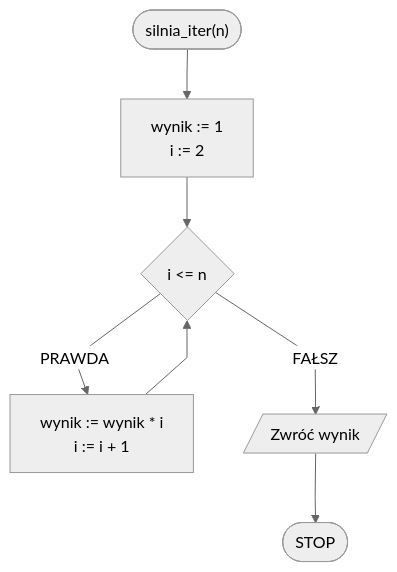
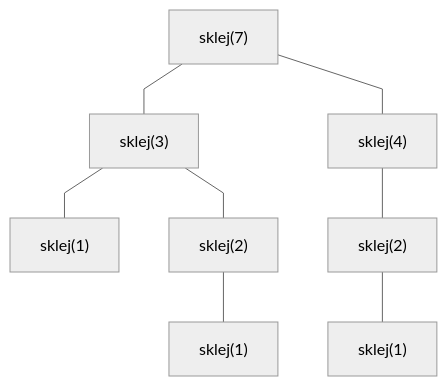
Before and after one commit to blackbat13/cs-htiew-gitbook: the diagram in matura-z-informatyki/przygotowanie/algorithmic/recursion/exercise-2/solution-2.md, drawn with Mermaid. The commit also changed 29 other files, not shown here.

````diff
--- a/matura-z-informatyki/przygotowanie/algorithmic/recursion/exercise-2/solution-2.md
+++ b/matura-z-informatyki/przygotowanie/algorithmic/recursion/exercise-2/solution-2.md
@@ -3,10 +3,11 @@
 ```mermaid
 %%{init: {"flowchart": {"curve": "linear"}, "theme": "neutral"} }%%
 flowchart TD
-	START(["silnia_iter(n)"]) --> K1[wynik := 1 \n i := 2]
-	K1 --> K2{i <= n}
-	K2 -- PRAWDA --> K3[wynik := wynik * i \n i := i + 1]
-    K3 --> K2
-	K2 -- FAŁSZ --> K4[/Zwróć wynik/]
-    K4 --> STOP([STOP])
+	R["sklej(7)"] --- R1["sklej(3)"]
+    R --- R2["sklej(4)"]
+    R1 --- R11["sklej(1)"]
+    R1 --- R12["sklej(2)"]
+    R12 --- R121["sklej(1)"]
+    R2 --- R21["sklej(2)"]
+    R21 --- R211["sklej(1)"]
 ```
````
